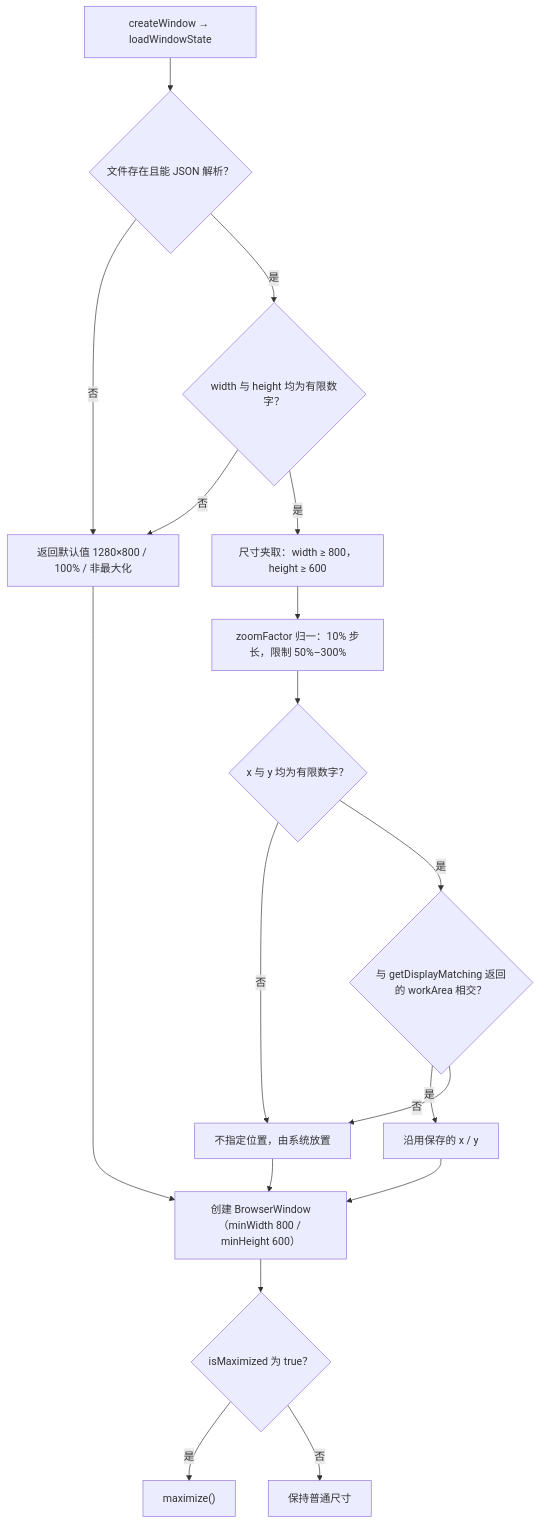
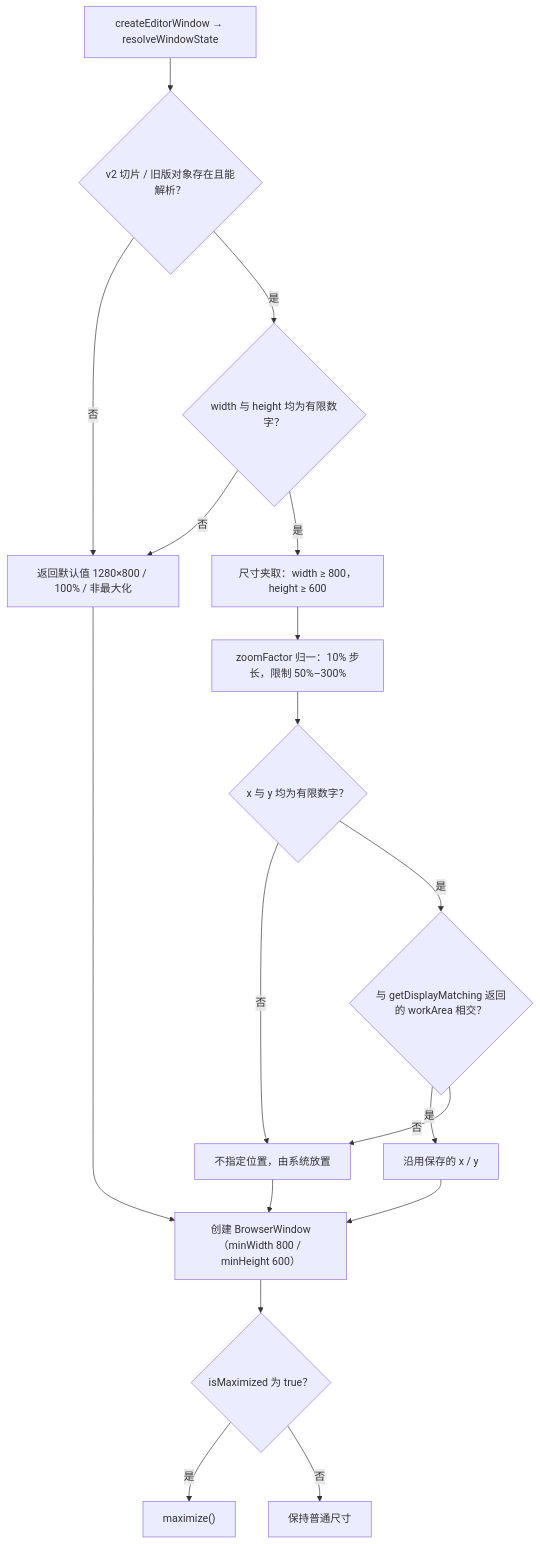
One commit to Harley-xk/mark-it changed the third of 5 diagrams in docs/会话恢复与窗口状态.md. Above: the diagram before and after it, drawn with Mermaid. The commit also changed other lines of this file and 47 other files, not shown here.

````diff
--- a/docs/会话恢复与窗口状态.md
+++ b/docs/会话恢复与窗口状态.md
@@ -201,20 +216,20 @@
 ```mermaid
 flowchart TD
-    A["createWindow → loadWindowState"] --> B{"文件存在且能 JSON 解析？"}
+    A["createEditorWindow → resolveWindowState"] --> B{"v2 切片 / 旧版对象存在且能解析？"}
     B -->|"否"| C["返回默认值 1280×800 / 100% / 非最大化"]
     B -->|"是"| D{"width 与 height 均为有限数字？"}
     D -->|"否"| C
     D -->|"是"| E["尺寸夹取：width ≥ 800，height ≥ 600"]
     E --> F["zoomFactor 归一：10% 步长，限制 50%–300%"]
     F --> G{"x 与 y 均为有限数字？"}
     G -->|"否"| H["不指定位置，由系统放置"]
     G -->|"是"| I{"与 getDisplayMatching 返回的 workArea 相交？"}
     I -->|"是"| J["沿用保存的 x / y"]
     I -->|"否"| H
     J --> K["创建 BrowserWindow（minWidth 800 / minHeight 600）"]
     H --> K
     C --> K
     K --> L{"isMaximized 为 true？"}
     L -->|"是"| M["maximize()"]
     L -->|"否"| N["保持普通尺寸"]
 ```
````
